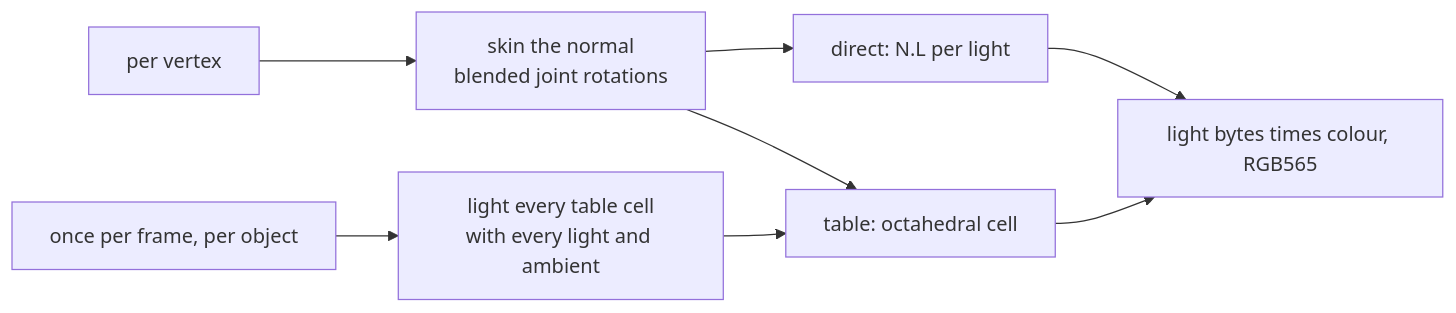
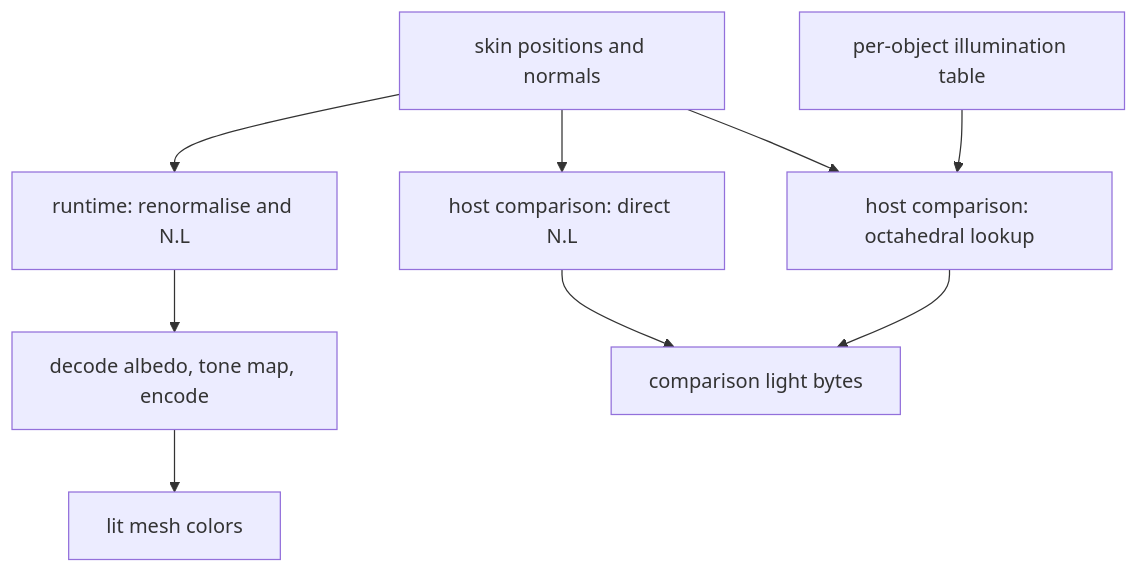
Before and after one commit to jose-villegas/autana: the diagram in docs/render/Skinned-Lighting.md, drawn with Mermaid. The commit also changed other lines of this file and 4 other files, not shown here.

````diff
--- a/docs/render/Skinned-Lighting.md
+++ b/docs/render/Skinned-Lighting.md
@@ -8,10 +7,11 @@
 ```mermaid
-flowchart LR
-    Frame["once per frame, per object"] --> Build["light every table cell<br/>with every light and ambient"]
-    Vertex["per vertex"] --> Skin["skin the normal<br/>blended joint rotations"]
-    Skin --> Direct["direct: N.L per light"]
-    Skin --> Oct["table: octahedral cell"]
-    Build --> Oct
-    Direct --> Out["light bytes times colour, RGB565"]
+flowchart TB
+    Skin["skin positions and normals"] --> Runtime["runtime: renormalise and N.L"]
+    Runtime --> Transfer["decode albedo, tone map, encode"]
+    Transfer --> Mesh["lit mesh colors"]
+    Skin --> Direct["host comparison: direct N.L"]
+    Skin --> Oct["host comparison: octahedral lookup"]
+    Build["per-object illumination table"] --> Oct
+    Direct --> Out["comparison light bytes"]
     Oct --> Out
 ```
````
